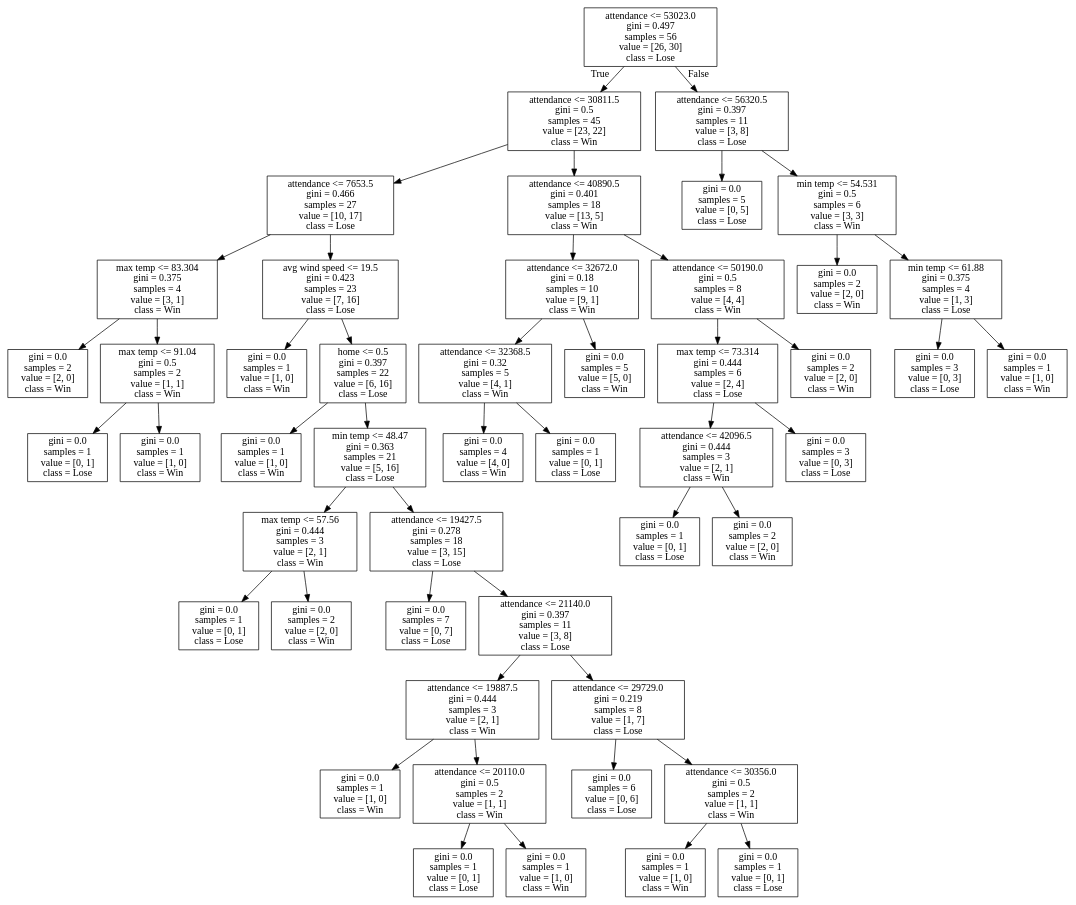
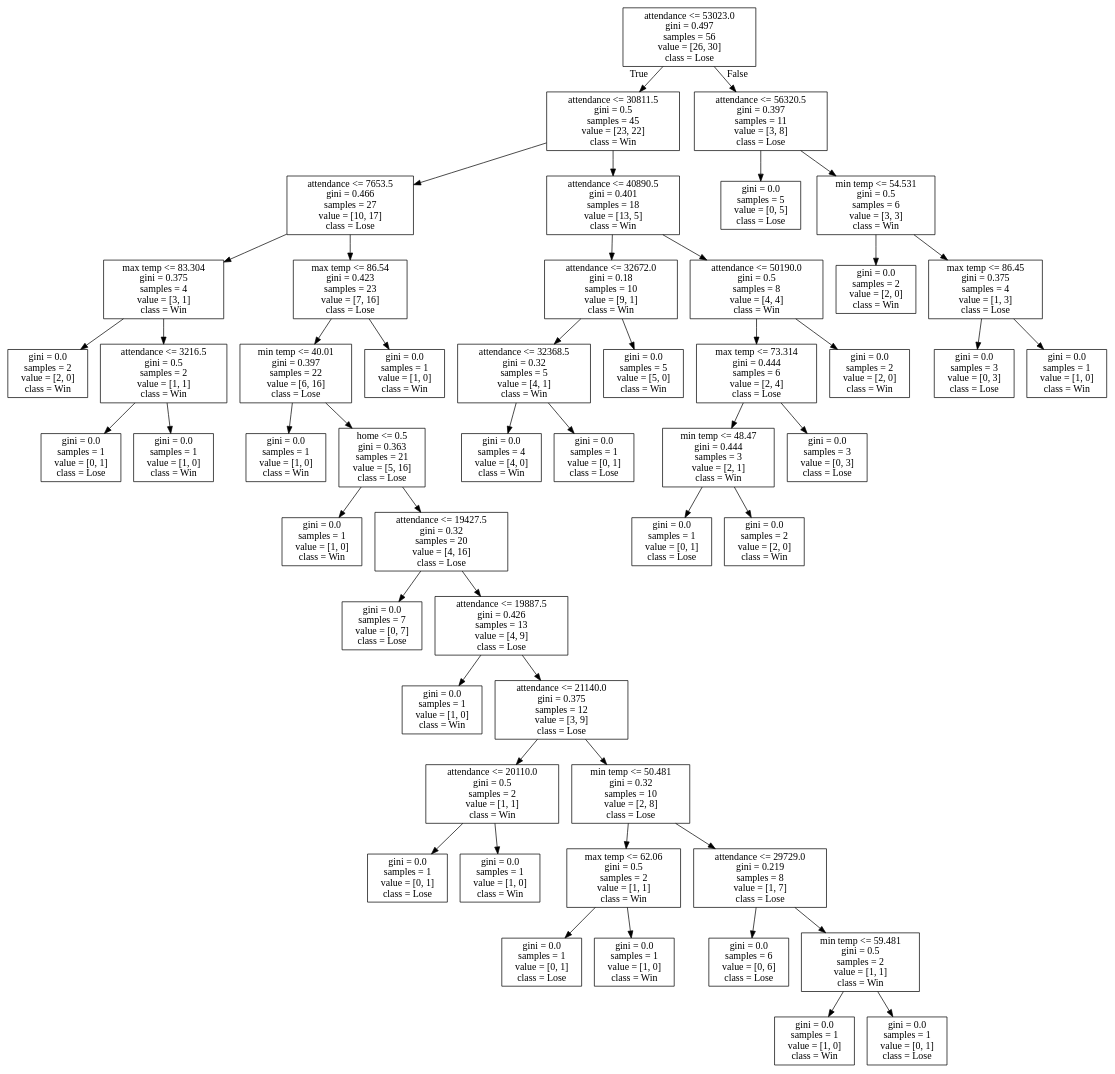
Before and after one commit to alexana-steck/CSE482Project: the diagram in DecisionTrees/decision_tree_no_score12.dot, drawn with Graphviz. The commit also changed 236 other files, not shown here.

```diff
--- a/DecisionTrees/decision_tree_no_score12.dot
+++ b/DecisionTrees/decision_tree_no_score12.dot
@@ -1,100 +1,104 @@
 digraph Tree {
 node [shape=box] ;
 0 [label="attendance <= 53023.0\ngini = 0.497\nsamples = 56\nvalue = [26, 30]\nclass = Lose"] ;
 1 [label="attendance <= 30811.5\ngini = 0.5\nsamples = 45\nvalue = [23, 22]\nclass = Win"] ;
 0 -> 1 [labeldistance=2.5, labelangle=45, headlabel="True"] ;
 2 [label="attendance <= 7653.5\ngini = 0.466\nsamples = 27\nvalue = [10, 17]\nclass = Lose"] ;
 1 -> 2 ;
 3 [label="max temp <= 83.304\ngini = 0.375\nsamples = 4\nvalue = [3, 1]\nclass = Win"] ;
 2 -> 3 ;
 4 [label="gini = 0.0\nsamples = 2\nvalue = [2, 0]\nclass = Win"] ;
 3 -> 4 ;
-5 [label="max temp <= 91.04\ngini = 0.5\nsamples = 2\nvalue = [1, 1]\nclass = Win"] ;
+5 [label="attendance <= 3216.5\ngini = 0.5\nsamples = 2\nvalue = [1, 1]\nclass = Win"] ;
 3 -> 5 ;
 6 [label="gini = 0.0\nsamples = 1\nvalue = [0, 1]\nclass = Lose"] ;
 5 -> 6 ;
 7 [label="gini = 0.0\nsamples = 1\nvalue = [1, 0]\nclass = Win"] ;
 5 -> 7 ;
-8 [label="avg wind speed <= 19.5\ngini = 0.423\nsamples = 23\nvalue = [7, 16]\nclass = Lose"] ;
+8 [label="max temp <= 86.54\ngini = 0.423\nsamples = 23\nvalue = [7, 16]\nclass = Lose"] ;
 2 -> 8 ;
-9 [label="gini = 0.0\nsamples = 1\nvalue = [1, 0]\nclass = Win"] ;
+9 [label="min temp <= 40.01\ngini = 0.397\nsamples = 22\nvalue = [6, 16]\nclass = Lose"] ;
 8 -> 9 ;
-10 [label="home <= 0.5\ngini = 0.397\nsamples = 22\nvalue = [6, 16]\nclass = Lose"] ;
-8 -> 10 ;
-11 [label="gini = 0.0\nsamples = 1\nvalue = [1, 0]\nclass = Win"] ;
-10 -> 11 ;
-12 [label="min temp <= 48.47\ngini = 0.363\nsamples = 21\nvalue = [5, 16]\nclass = Lose"] ;
-10 -> 12 ;
-13 [label="max temp <= 57.56\ngini = 0.444\nsamples = 3\nvalue = [2, 1]\nclass = Win"] ;
-12 -> 13 ;
-14 [label="gini = 0.0\nsamples = 1\nvalue = [0, 1]\nclass = Lose"] ;
+10 [label="gini = 0.0\nsamples = 1\nvalue = [1, 0]\nclass = Win"] ;
+9 -> 10 ;
+11 [label="home <= 0.5\ngini = 0.363\nsamples = 21\nvalue = [5, 16]\nclass = Lose"] ;
+9 -> 11 ;
+12 [label="gini = 0.0\nsamples = 1\nvalue = [1, 0]\nclass = Win"] ;
+11 -> 12 ;
+13 [label="attendance <= 19427.5\ngini = 0.32\nsamples = 20\nvalue = [4, 16]\nclass = Lose"] ;
+11 -> 13 ;
+14 [label="gini = 0.0\nsamples = 7\nvalue = [0, 7]\nclass = Lose"] ;
 13 -> 14 ;
-15 [label="gini = 0.0\nsamples = 2\nvalue = [2, 0]\nclass = Win"] ;
+15 [label="attendance <= 19887.5\ngini = 0.426\nsamples = 13\nvalue = [4, 9]\nclass = Lose"] ;
 13 -> 15 ;
-16 [label="attendance <= 19427.5\ngini = 0.278\nsamples = 18\nvalue = [3, 15]\nclass = Lose"] ;
-12 -> 16 ;
-17 [label="gini = 0.0\nsamples = 7\nvalue = [0, 7]\nclass = Lose"] ;
-16 -> 17 ;
-18 [label="attendance <= 21140.0\ngini = 0.397\nsamples = 11\nvalue = [3, 8]\nclass = Lose"] ;
-16 -> 18 ;
-19 [label="attendance <= 19887.5\ngini = 0.444\nsamples = 3\nvalue = [2, 1]\nclass = Win"] ;
+16 [label="gini = 0.0\nsamples = 1\nvalue = [1, 0]\nclass = Win"] ;
+15 -> 16 ;
+17 [label="attendance <= 21140.0\ngini = 0.375\nsamples = 12\nvalue = [3, 9]\nclass = Lose"] ;
+15 -> 17 ;
+18 [label="attendance <= 20110.0\ngini = 0.5\nsamples = 2\nvalue = [1, 1]\nclass = Win"] ;
+17 -> 18 ;
+19 [label="gini = 0.0\nsamples = 1\nvalue = [0, 1]\nclass = Lose"] ;
 18 -> 19 ;
 20 [label="gini = 0.0\nsamples = 1\nvalue = [1, 0]\nclass = Win"] ;
-19 -> 20 ;
-21 [label="attendance <= 20110.0\ngini = 0.5\nsamples = 2\nvalue = [1, 1]\nclass = Win"] ;
-19 -> 21 ;
-22 [label="gini = 0.0\nsamples = 1\nvalue = [0, 1]\nclass = Lose"] ;
+18 -> 20 ;
+21 [label="min temp <= 50.481\ngini = 0.32\nsamples = 10\nvalue = [2, 8]\nclass = Lose"] ;
+17 -> 21 ;
+22 [label="max temp <= 62.06\ngini = 0.5\nsamples = 2\nvalue = [1, 1]\nclass = Win"] ;
 21 -> 22 ;
-23 [label="gini = 0.0\nsamples = 1\nvalue = [1, 0]\nclass = Win"] ;
-21 -> 23 ;
-24 [label="attendance <= 29729.0\ngini = 0.219\nsamples = 8\nvalue = [1, 7]\nclass = Lose"] ;
-18 -> 24 ;
-25 [label="gini = 0.0\nsamples = 6\nvalue = [0, 6]\nclass = Lose"] ;
-24 -> 25 ;
-26 [label="attendance <= 30356.0\ngini = 0.5\nsamples = 2\nvalue = [1, 1]\nclass = Win"] ;
-24 -> 26 ;
-27 [label="gini = 0.0\nsamples = 1\nvalue = [1, 0]\nclass = Win"] ;
-26 -> 27 ;
-28 [label="gini = 0.0\nsamples = 1\nvalue = [0, 1]\nclass = Lose"] ;
-26 -> 28 ;
-29 [label="attendance <= 40890.5\ngini = 0.401\nsamples = 18\nvalue = [13, 5]\nclass = Win"] ;
-1 -> 29 ;
-30 [label="attendance <= 32672.0\ngini = 0.18\nsamples = 10\nvalue = [9, 1]\nclass = Win"] ;
-29 -> 30 ;
-31 [label="attendance <= 32368.5\ngini = 0.32\nsamples = 5\nvalue = [4, 1]\nclass = Win"] ;
-30 -> 31 ;
-32 [label="gini = 0.0\nsamples = 4\nvalue = [4, 0]\nclass = Win"] ;
+23 [label="gini = 0.0\nsamples = 1\nvalue = [0, 1]\nclass = Lose"] ;
+22 -> 23 ;
+24 [label="gini = 0.0\nsamples = 1\nvalue = [1, 0]\nclass = Win"] ;
+22 -> 24 ;
+25 [label="attendance <= 29729.0\ngini = 0.219\nsamples = 8\nvalue = [1, 7]\nclass = Lose"] ;
+21 -> 25 ;
+26 [label="gini = 0.0\nsamples = 6\nvalue = [0, 6]\nclass = Lose"] ;
+25 -> 26 ;
+27 [label="min temp <= 59.481\ngini = 0.5\nsamples = 2\nvalue = [1, 1]\nclass = Win"] ;
+25 -> 27 ;
+28 [label="gini = 0.0\nsamples = 1\nvalue = [1, 0]\nclass = Win"] ;
+27 -> 28 ;
+29 [label="gini = 0.0\nsamples = 1\nvalue = [0, 1]\nclass = Lose"] ;
+27 -> 29 ;
+30 [label="gini = 0.0\nsamples = 1\nvalue = [1, 0]\nclass = Win"] ;
+8 -> 30 ;
+31 [label="attendance <= 40890.5\ngini = 0.401\nsamples = 18\nvalue = [13, 5]\nclass = Win"] ;
+1 -> 31 ;
+32 [label="attendance <= 32672.0\ngini = 0.18\nsamples = 10\nvalue = [9, 1]\nclass = Win"] ;
 31 -> 32 ;
-33 [label="gini = 0.0\nsamples = 1\nvalue = [0, 1]\nclass = Lose"] ;
-31 -> 33 ;
-34 [label="gini = 0.0\nsamples = 5\nvalue = [5, 0]\nclass = Win"] ;
-30 -> 34 ;
-35 [label="attendance <= 50190.0\ngini = 0.5\nsamples = 8\nvalue = [4, 4]\nclass = Win"] ;
-29 -> 35 ;
-36 [label="max temp <= 73.314\ngini = 0.444\nsamples = 6\nvalue = [2, 4]\nclass = Lose"] ;
-35 -> 36 ;
-37 [label="attendance <= 42096.5\ngini = 0.444\nsamples = 3\nvalue = [2, 1]\nclass = Win"] ;
-36 -> 37 ;
-38 [label="gini = 0.0\nsamples = 1\nvalue = [0, 1]\nclass = Lose"] ;
+33 [label="attendance <= 32368.5\ngini = 0.32\nsamples = 5\nvalue = [4, 1]\nclass = Win"] ;
+32 -> 33 ;
+34 [label="gini = 0.0\nsamples = 4\nvalue = [4, 0]\nclass = Win"] ;
+33 -> 34 ;
+35 [label="gini = 0.0\nsamples = 1\nvalue = [0, 1]\nclass = Lose"] ;
+33 -> 35 ;
+36 [label="gini = 0.0\nsamples = 5\nvalue = [5, 0]\nclass = Win"] ;
+32 -> 36 ;
+37 [label="attendance <= 50190.0\ngini = 0.5\nsamples = 8\nvalue = [4, 4]\nclass = Win"] ;
+31 -> 37 ;
+38 [label="max temp <= 73.314\ngini = 0.444\nsamples = 6\nvalue = [2, 4]\nclass = Lose"] ;
 37 -> 38 ;
-39 [label="gini = 0.0\nsamples = 2\nvalue = [2, 0]\nclass = Win"] ;
-37 -> 39 ;
-40 [label="gini = 0.0\nsamples = 3\nvalue = [0, 3]\nclass = Lose"] ;
-36 -> 40 ;
+39 [label="min temp <= 48.47\ngini = 0.444\nsamples = 3\nvalue = [2, 1]\nclass = Win"] ;
+38 -> 39 ;
+40 [label="gini = 0.0\nsamples = 1\nvalue = [0, 1]\nclass = Lose"] ;
+39 -> 40 ;
 41 [label="gini = 0.0\nsamples = 2\nvalue = [2, 0]\nclass = Win"] ;
-35 -> 41 ;
-42 [label="attendance <= 56320.5\ngini = 0.397\nsamples = 11\nvalue = [3, 8]\nclass = Lose"] ;
-0 -> 42 [labeldistance=2.5, labelangle=-45, headlabel="False"] ;
-43 [label="gini = 0.0\nsamples = 5\nvalue = [0, 5]\nclass = Lose"] ;
-42 -> 43 ;
-44 [label="min temp <= 54.531\ngini = 0.5\nsamples = 6\nvalue = [3, 3]\nclass = Win"] ;
-42 -> 44 ;
-45 [label="gini = 0.0\nsamples = 2\nvalue = [2, 0]\nclass = Win"] ;
+39 -> 41 ;
+42 [label="gini = 0.0\nsamples = 3\nvalue = [0, 3]\nclass = Lose"] ;
+38 -> 42 ;
+43 [label="gini = 0.0\nsamples = 2\nvalue = [2, 0]\nclass = Win"] ;
+37 -> 43 ;
+44 [label="attendance <= 56320.5\ngini = 0.397\nsamples = 11\nvalue = [3, 8]\nclass = Lose"] ;
+0 -> 44 [labeldistance=2.5, labelangle=-45, headlabel="False"] ;
+45 [label="gini = 0.0\nsamples = 5\nvalue = [0, 5]\nclass = Lose"] ;
 44 -> 45 ;
-46 [label="min temp <= 61.88\ngini = 0.375\nsamples = 4\nvalue = [1, 3]\nclass = Lose"] ;
+46 [label="min temp <= 54.531\ngini = 0.5\nsamples = 6\nvalue = [3, 3]\nclass = Win"] ;
 44 -> 46 ;
-47 [label="gini = 0.0\nsamples = 3\nvalue = [0, 3]\nclass = Lose"] ;
+47 [label="gini = 0.0\nsamples = 2\nvalue = [2, 0]\nclass = Win"] ;
 46 -> 47 ;
-48 [label="gini = 0.0\nsamples = 1\nvalue = [1, 0]\nclass = Win"] ;
+48 [label="max temp <= 86.45\ngini = 0.375\nsamples = 4\nvalue = [1, 3]\nclass = Lose"] ;
 46 -> 48 ;
+49 [label="gini = 0.0\nsamples = 3\nvalue = [0, 3]\nclass = Lose"] ;
+48 -> 49 ;
+50 [label="gini = 0.0\nsamples = 1\nvalue = [1, 0]\nclass = Win"] ;
+48 -> 50 ;
 }
```
